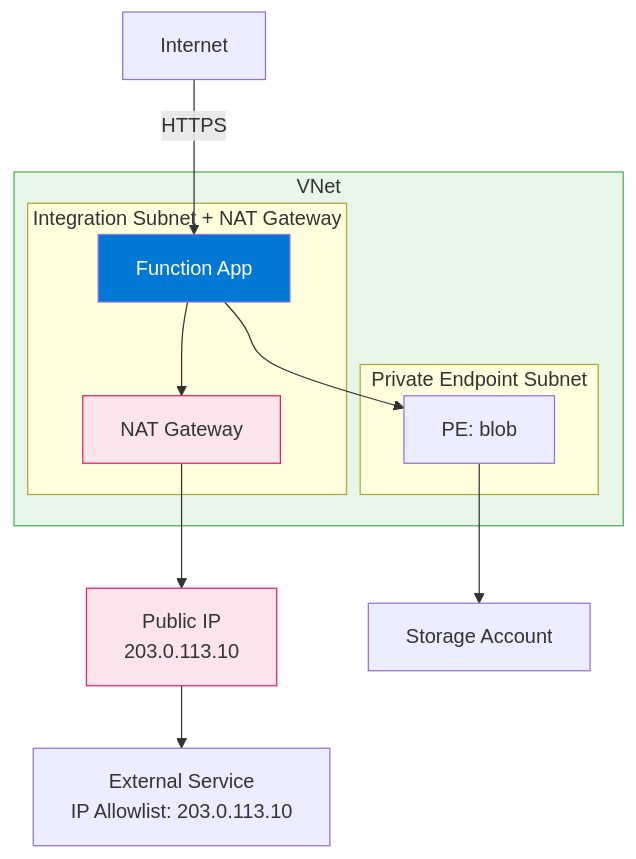
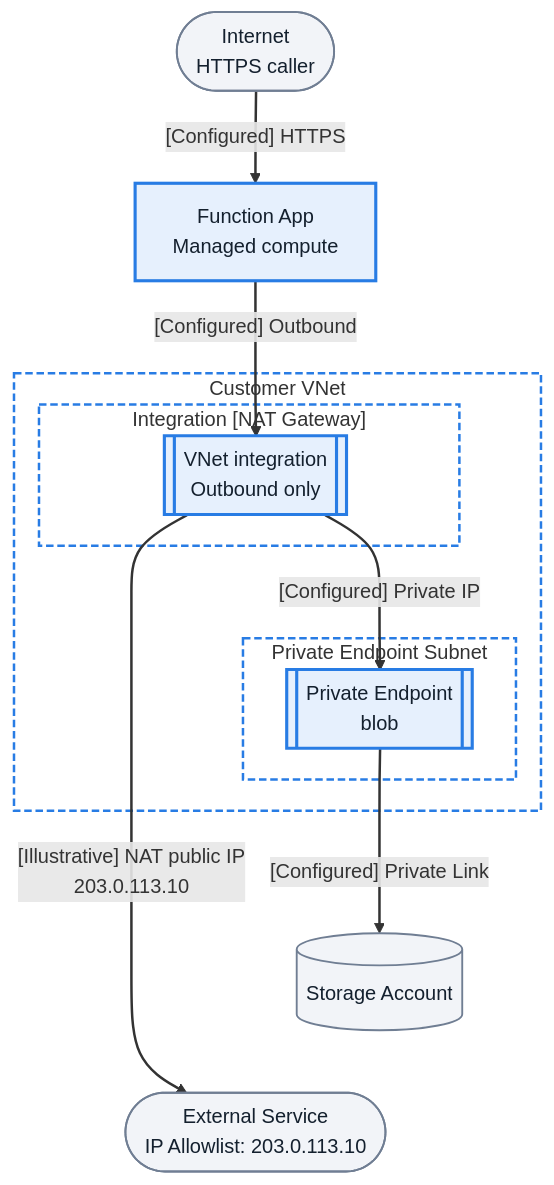
One commit to yeongseon/azure-functions-practical-guide changed the first of 2 diagrams in docs/platform/networking-scenarios/fixed-outbound-nat.md. Above: the diagram before and after it, drawn with Mermaid. The commit also changed other lines of this file and 4 other files, not shown here.

First line of the commit message:
docs(diagrams): migrate Functions network scenarios — fixed outbound nat and index and related pages (#418)

````diff
--- a/docs/platform/networking-scenarios/fixed-outbound-nat.md
+++ b/docs/platform/networking-scenarios/fixed-outbound-nat.md
@@ -64,24 +68,31 @@
 ```mermaid
 flowchart TD
-    INET[Internet] -->|HTTPS| FA[Function App]
-    
-    subgraph VNET["VNet"]
-        subgraph INT_SUB["Integration Subnet + NAT Gateway"]
-            FA --> NAT[NAT Gateway]
+    accTitle: Function app fixed outbound IP and private Blob access
+    accDescr: Public HTTPS ingress reaches the Function app outside the customer VNet. Outbound VNet integration reaches Blob over a private endpoint; external-service calls use the integration subnet's NAT Gateway public IP. The address and allowlist are illustrative.
+    client(["Internet<br/>HTTPS caller"])
+    app_runtime["Function App<br/>Managed compute"]
+    external_service(["External Service<br/>IP Allowlist: 203.0.113.10"])
+    storage_db[("Storage Account")]
+    subgraph vnet_fn["Customer VNet"]
+        subgraph subnet_int_fn["Integration [NAT Gateway]"]
+            vnet_integration[["VNet integration<br/>Outbound only"]]
         end
-        subgraph PE_SUB["Private Endpoint Subnet"]
-            PE_BLOB[PE: blob]
+        subgraph subnet_pe_fn["Private Endpoint Subnet"]
+            pe_storage[["Private Endpoint<br/>blob"]]
         end
     end
-    
-    NAT --> PIP[Public IP<br/>203.0.113.10]
-    PIP --> EXTERNAL[External Service<br/>IP Allowlist: 203.0.113.10]
-    
-    PE_BLOB --> ST[Storage Account]
-    FA --> PE_BLOB
-    
-    style FA fill:#0078d4,color:#fff
-    style VNET fill:#E8F5E9,stroke:#4CAF50
-    style NAT fill:#FCE4EC,stroke:#E91E63
-    style PIP fill:#FCE4EC,stroke:#E91E63
+    client -->|"[Configured] HTTPS"| app_runtime
+    app_runtime -->|"[Configured] Outbound"| vnet_integration
+    vnet_integration -->|"[Illustrative] NAT public IP<br/>203.0.113.10"| external_service
+    vnet_integration -->|"[Configured] Private IP"| pe_storage
+    pe_storage -->|"[Configured] Private Link"| storage_db
+    %% Layout-only link tiers the destinations; no connection or step is added.
+    storage_db ~~~ external_service
+    classDef baseNeutral fill:#f2f4f8,stroke:#707e93,stroke-width:1.5px,color:#14202e;
+    classDef focusActive fill:#e6f0fd,stroke:#287ce4,stroke-width:2.5px,color:#14202e;
+    classDef netBox fill:transparent,stroke:#287ce4,stroke-width:2px,stroke-dasharray:6 3;
+    class client,external_service,storage_db baseNeutral;
+    class app_runtime,vnet_integration,pe_storage focusActive;
+    class vnet_fn,subnet_int_fn,subnet_pe_fn netBox;
+    linkStyle default stroke-width:2px;
 ```
````
